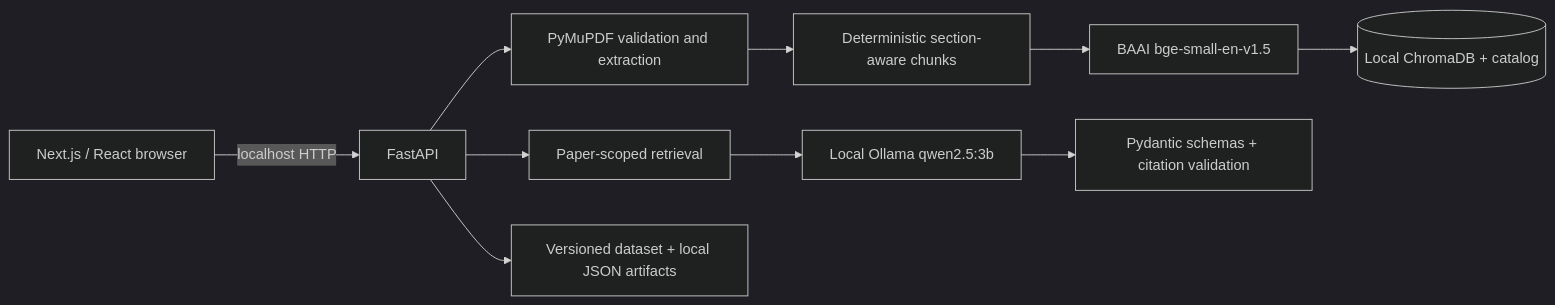
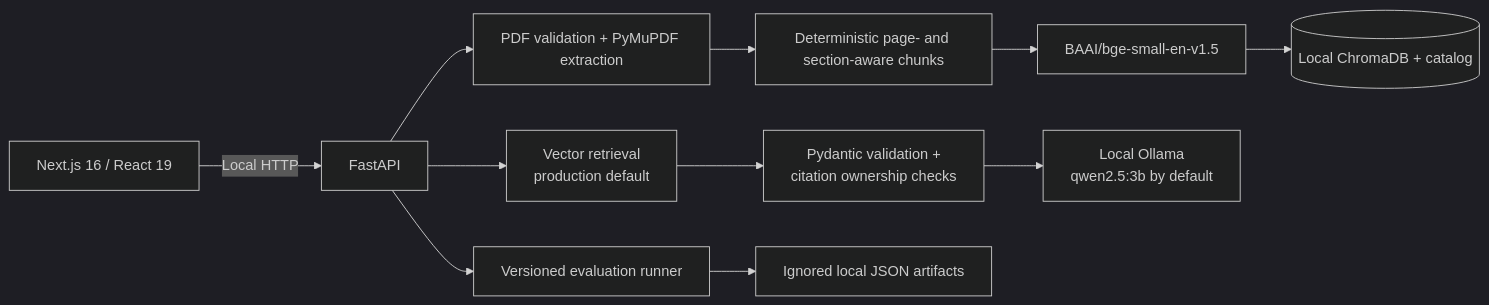
The diagram in README.md (shanmathy-ravisankaran/paperpilot-ai), drawn with Mermaid (dark theme) before and after one commit. The commit also changed other lines of this file, not shown here.

````diff
--- a/README.md
+++ b/README.md
@@ -19,12 +34,13 @@
 ```mermaid
 flowchart LR
-  UI[Next.js / React browser] -->|localhost HTTP| API[FastAPI]
-  API --> PDF[PyMuPDF validation and extraction]
-  PDF --> CHUNK[Deterministic section-aware chunks]
-  CHUNK --> EMBED[BAAI bge-small-en-v1.5]
-  EMBED --> DB[(Local ChromaDB + catalog)]
-  API --> RETRIEVE[Paper-scoped retrieval]
-  RETRIEVE --> OLLAMA[Local Ollama qwen2.5:3b]
-  OLLAMA --> VALIDATE[Pydantic schemas + citation validation]
-  API --> EVAL[Versioned dataset + local JSON artifacts]
+  Browser[Next.js 16 / React 19] -->|Local HTTP| API[FastAPI]
+  API --> Ingest[PDF validation + PyMuPDF extraction]
+  Ingest --> Chunks[Deterministic page- and section-aware chunks]
+  Chunks --> Embeddings[BAAI/bge-small-en-v1.5]
+  Embeddings --> Store[(Local ChromaDB + catalog)]
+  API --> Retrieval[Vector retrieval<br/>production default]
+  Retrieval --> Grounding[Pydantic validation +<br/>citation ownership checks]
+  Grounding --> LLM[Local Ollama<br/>qwen2.5:3b by default]
+  API --> Evaluation[Versioned evaluation runner]
+  Evaluation --> Artifacts[Ignored local JSON artifacts]
 ```
````
